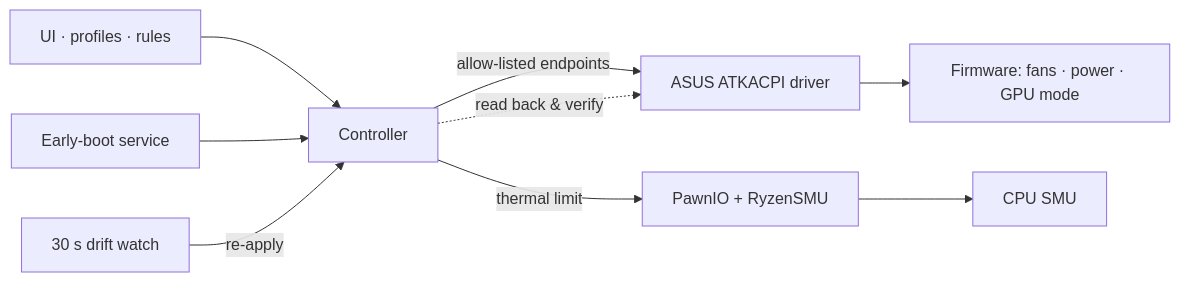
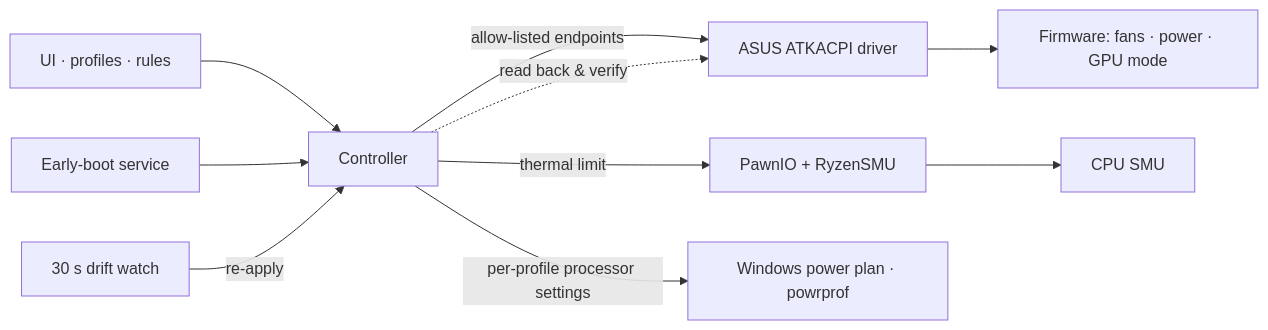
The diagram in docs/details.md (atakang7/tuf-control), drawn with Mermaid before and after one commit. The commit also changed other lines of this file and 8 other files, not shown here.

First line of the commit message:
Add per-profile Windows processor settings

````diff
--- a/docs/details.md
+++ b/docs/details.md
@@ -30,9 +30,10 @@
 ```mermaid
 flowchart LR
     UI[UI · profiles · rules] --> C[Controller]
     Boot[Early-boot service] --> C
     C -->|allow-listed endpoints| ATK[ASUS ATKACPI driver] --> FW[Firmware: fans · power · GPU mode]
     C -->|thermal limit| P[PawnIO + RyzenSMU] --> SMU[CPU SMU]
     C -. read back & verify .-> ATK
+    C -->|per-profile processor settings| WP[Windows power plan · powrprof]
     Watch[30 s drift watch] -->|re-apply| C
 ```
````
